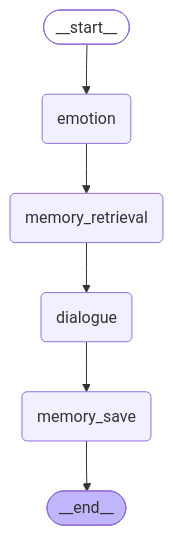
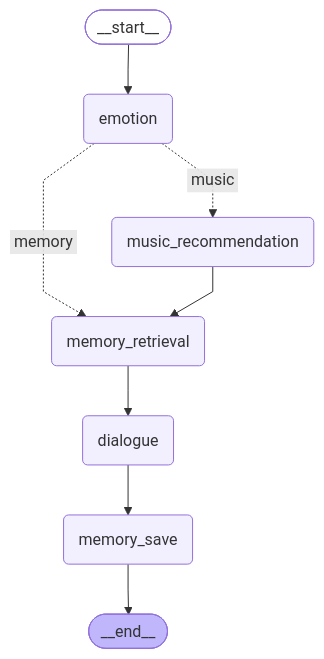
One commit to zhangzaicheng/soulmate_app changed the diagram in companion_graph.mmd. Above: the diagram before and after it, drawn with Mermaid. The commit also changed 25 other files, not shown here.

```diff
--- a/companion_graph.mmd
+++ b/companion_graph.mmd
@@ -1,20 +1,23 @@
 ---
 config:
   flowchart:
     curve: linear
 ---
 graph TD;
 	__start__([<p>__start__</p>]):::first
 	emotion(emotion)
+	music_recommendation(music_recommendation)
 	memory_retrieval(memory_retrieval)
 	dialogue(dialogue)
 	memory_save(memory_save)
 	__end__([<p>__end__</p>]):::last
 	__start__ --> emotion;
 	dialogue --> memory_save;
-	emotion --> memory_retrieval;
+	emotion -. &nbsp;memory&nbsp; .-> memory_retrieval;
+	emotion -. &nbsp;music&nbsp; .-> music_recommendation;
 	memory_retrieval --> dialogue;
+	music_recommendation --> memory_retrieval;
 	memory_save --> __end__;
 	classDef default fill:#f2f0ff,line-height:1.2
 	classDef first fill-opacity:0
 	classDef last fill:#bfb6fc
```
